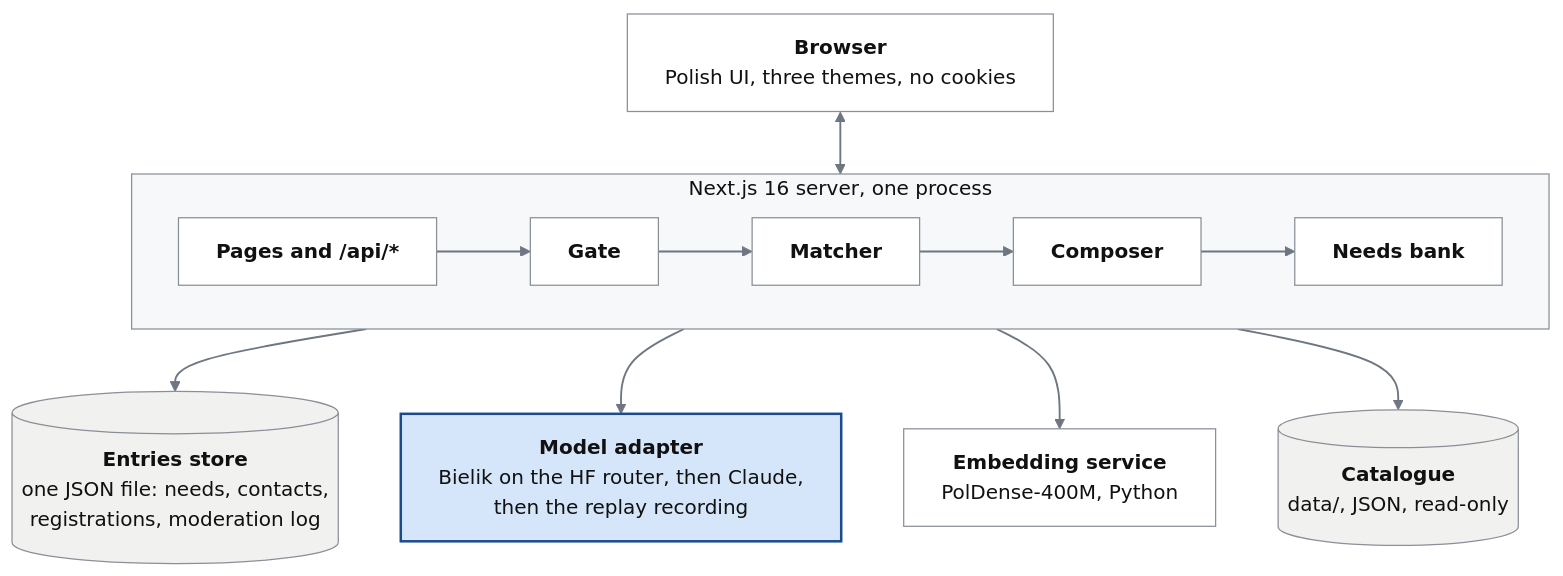
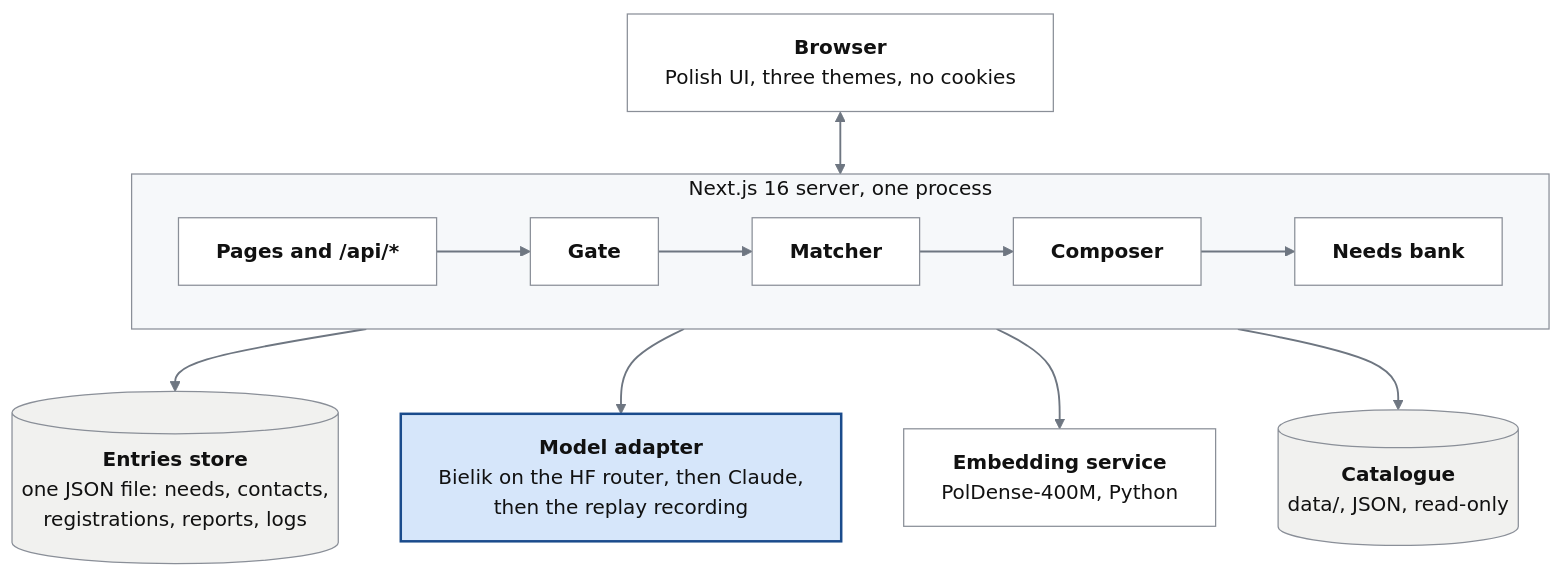
One commit to bobrovsky420/hackyeah2026 changed the second of 2 diagrams in README.md. Above: the diagram before and after it, drawn with Mermaid. The commit also changed other lines of this file and 209 other files, not shown here.

````diff
--- a/README.md
+++ b/README.md
@@ -136,30 +142,30 @@
 ```mermaid
 %%{init: {"flowchart": {"wrappingWidth": 360}}}%%
 flowchart TD
     browser["<b>Browser</b><br>Polish UI, three themes, no cookies"]
 
     subgraph server["Next.js 16 server, one process"]
         direction LR
         pages["<b>Pages and /api/*</b>"] --> gate["<b>Gate</b>"] --> matcher["<b>Matcher</b>"] --> composer["<b>Composer</b>"] --> needs["<b>Needs bank</b>"]
     end
 
-    entries[("<b>Entries store</b><br>one JSON file: needs, contacts,<br>registrations, moderation log")]
+    entries[("<b>Entries store</b><br>one JSON file: needs, contacts,<br>registrations, reports, logs")]
     llm["<b>Model adapter</b><br>Bielik on the HF router, then Claude,<br>then the replay recording"]
     embed["<b>Embedding service</b><br>PolDense-400M, Python"]
     catalogue[("<b>Catalogue</b><br>data/, JSON, read-only")]
 
     browser <--> server
     server --> entries
     server --> llm
     server --> embed
     server --> catalogue
 
     classDef model fill:#d6e6fa,stroke:#1a4b8c,stroke-width:2px,color:#111
     classDef code fill:#ffffff,stroke:#8a8f98,color:#111
     classDef store fill:#f1f1ef,stroke:#8a8f98,color:#111
     class llm model
     class browser,pages,gate,matcher,composer,needs,embed code
     class catalogue,entries store
     style server fill:#f6f8fa,stroke:#8a8f98,color:#111
     linkStyle default stroke:#6e7681,stroke-width:1.5px
 ```
````
